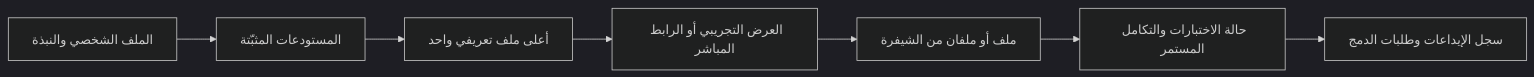
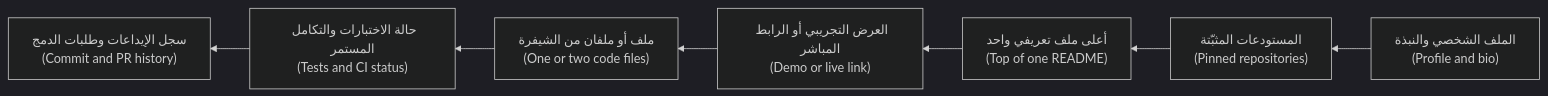
One commit to Tamoura/system-design-for-vibe-coders changed the second of 3 diagrams in career/modules/03-portfolio.ar.md. Above: the diagram before and after it, drawn with Mermaid (dark theme). The commit also changed other lines of this file and 20 other files, not shown here.

First line of the commit message:
New courses: Arabic diagrams read right-to-left with English labels (modules 0–6)

````diff
--- a/career/modules/03-portfolio.ar.md
+++ b/career/modules/03-portfolio.ar.md
@@ -266,9 +266,9 @@
 ```mermaid
-flowchart LR
-    A["الملف الشخصي والنبذة"] --> B["المستودعات المثبّتة"]
-    B --> C["أعلى ملف تعريفي واحد"]
-    C --> D["العرض التجريبي أو الرابط المباشر"]
-    D --> E["ملف أو ملفان من الشيفرة"]
-    E --> F["حالة الاختبارات والتكامل المستمر"]
-    F --> G["سجل الإيداعات وطلبات الدمج"]
+flowchart RL
+    A["الملف الشخصي والنبذة<br/>(Profile and bio)"] --> B["المستودعات المثبّتة<br/>(Pinned repositories)"]
+    B --> C["أعلى ملف تعريفي واحد<br/>(Top of one README)"]
+    C --> D["العرض التجريبي أو الرابط المباشر<br/>(Demo or live link)"]
+    D --> E["ملف أو ملفان من الشيفرة<br/>(One or two code files)"]
+    E --> F["حالة الاختبارات والتكامل المستمر<br/>(Tests and CI status)"]
+    F --> G["سجل الإيداعات وطلبات الدمج<br/>(Commit and PR history)"]
 ```
````
